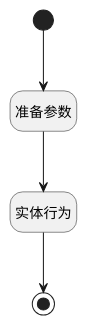
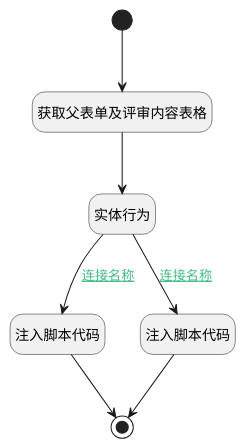
Before and after one commit to iBizLab/plm: the diagram in doc/docsify/module/TestMgmt/review_result/uilogic/pass.md, drawn with PlantUML. The commit also changed other lines of this file and 2688 other files, not shown here.

````diff
--- a/doc/docsify/module/TestMgmt/review_result/uilogic/pass.md
+++ b/doc/docsify/module/TestMgmt/review_result/uilogic/pass.md
@@ -7,23 +7,28 @@
 ```plantuml
 @startuml
 hide footbox
 <style>
 root {
   HyperlinkColor #42b983
 }
 </style>
 
 hide empty description
 state "开始" as Begin <<start>> [[$./pass#begin {开始}]]
+state "结束" as END1 <<end>> [[$./pass#end1 {结束}]]
+state "注入脚本代码" as RAWJSCODE2  [[$./pass#rawjscode2 {注入脚本代码}]]
+state "获取父表单及评审内容表格" as PREPAREJSPARAM1  [[$./pass#preparejsparam1 {获取父表单及评审内容表格}]]
 state "实体行为" as DEACTION1  [[$./pass#deaction1 {实体行为}]]
-state "结束" as END1 <<end>> [[$./pass#end1 {结束}]]
-state "准备参数" as PREPAREJSPARAM1  [[$./pass#preparejsparam1 {准备参数}]]
+state "注入脚本代码" as RAWJSCODE3  [[$./pass#rawjscode3 {注入脚本代码}]]
 
 
 Begin --> PREPAREJSPARAM1
 PREPAREJSPARAM1 --> DEACTION1
-DEACTION1 --> END1
+DEACTION1 --> RAWJSCODE2 : [[$./pass#deaction1-rawjscode2{连接名称} 连接名称]]
+RAWJSCODE2 --> END1
+DEACTION1 --> RAWJSCODE3 : [[$./pass#deaction1-rawjscode3{连接名称} 连接名称]]
+RAWJSCODE3 --> END1
 
 
 @enduml
 ```
````
